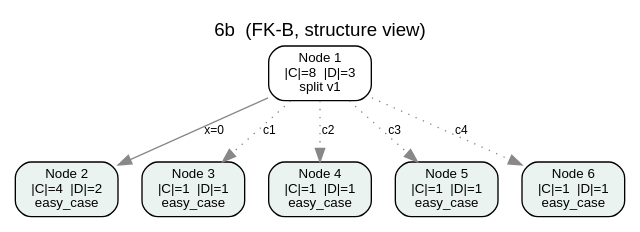
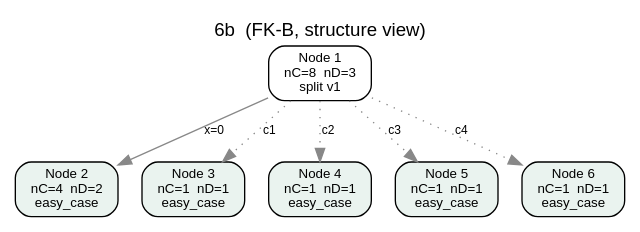
One commit to symonyeal/Hypergraph-Dualization changed the diagram in results/6b.fk-b.faithful.dot. Above: the diagram before and after it, drawn with Graphviz. The commit also changed 203 other files, not shown here.

```diff
--- a/results/6b.fk-b.faithful.dot
+++ b/results/6b.fk-b.faithful.dot
@@ -1,17 +1,17 @@
 digraph FKB {
   rankdir=TB;
   graph [fontname="Helvetica", labelloc="t", label="6b  (FK-B, structure view)"];
   node [shape=box, style="rounded,filled", fillcolor="#ffffff", fontname="Helvetica", fontsize=10];
   edge [fontname="Helvetica", fontsize=9, color="#888888"];
-  n1 [label="Node 1\n|C|=8  |D|=3\nsplit v1", fillcolor="#ffffff"];
-  n2 [label="Node 2\n|C|=4  |D|=2\neasy_case", fillcolor="#eaf3ef"];
-  n3 [label="Node 3\n|C|=1  |D|=1\neasy_case", fillcolor="#eaf3ef"];
-  n4 [label="Node 4\n|C|=1  |D|=1\neasy_case", fillcolor="#eaf3ef"];
-  n5 [label="Node 5\n|C|=1  |D|=1\neasy_case", fillcolor="#eaf3ef"];
-  n6 [label="Node 6\n|C|=1  |D|=1\neasy_case", fillcolor="#eaf3ef"];
+  n1 [label="Node 1\nnC=8  nD=3\nsplit v1", fillcolor="#ffffff"];
+  n2 [label="Node 2\nnC=4  nD=2\neasy_case", fillcolor="#eaf3ef"];
+  n3 [label="Node 3\nnC=1  nD=1\neasy_case", fillcolor="#eaf3ef"];
+  n4 [label="Node 4\nnC=1  nD=1\neasy_case", fillcolor="#eaf3ef"];
+  n5 [label="Node 5\nnC=1  nD=1\neasy_case", fillcolor="#eaf3ef"];
+  n6 [label="Node 6\nnC=1  nD=1\neasy_case", fillcolor="#eaf3ef"];
   n1 -> n2 [label="x=0", style=solid];
   n1 -> n3 [label="c1", style=dotted];
   n1 -> n4 [label="c2", style=dotted];
   n1 -> n5 [label="c3", style=dotted];
   n1 -> n6 [label="c4", style=dotted];
 }
```
